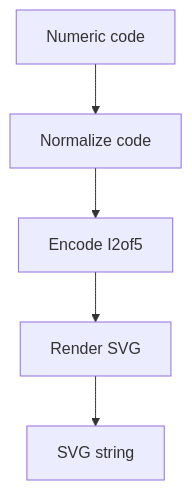
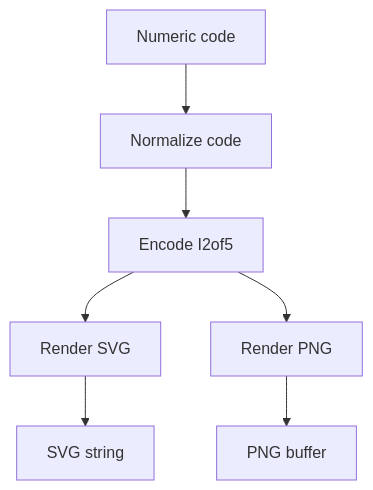
The diagram in src/generators/barcode/BarcodeRenderer.doc.md (linkiez/BoletoSDK), drawn with Mermaid before and after one commit. The commit also changed other lines of this file and 3 other files, not shown here.

````diff
--- a/src/generators/barcode/BarcodeRenderer.doc.md
+++ b/src/generators/barcode/BarcodeRenderer.doc.md
@@ -32,7 +34,9 @@
 ```mermaid
 flowchart TD
   A[Numeric code] --> B[Normalize code]
   B --> C[Encode I2of5]
   C --> D[Render SVG]
-  D --> E[SVG string]
+  C --> E[Render PNG]
+  D --> F[SVG string]
+  E --> G[PNG buffer]
 ```
````
